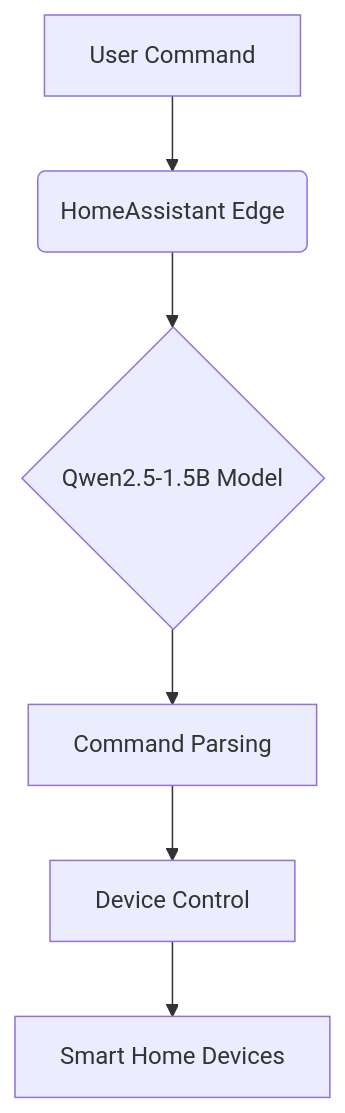
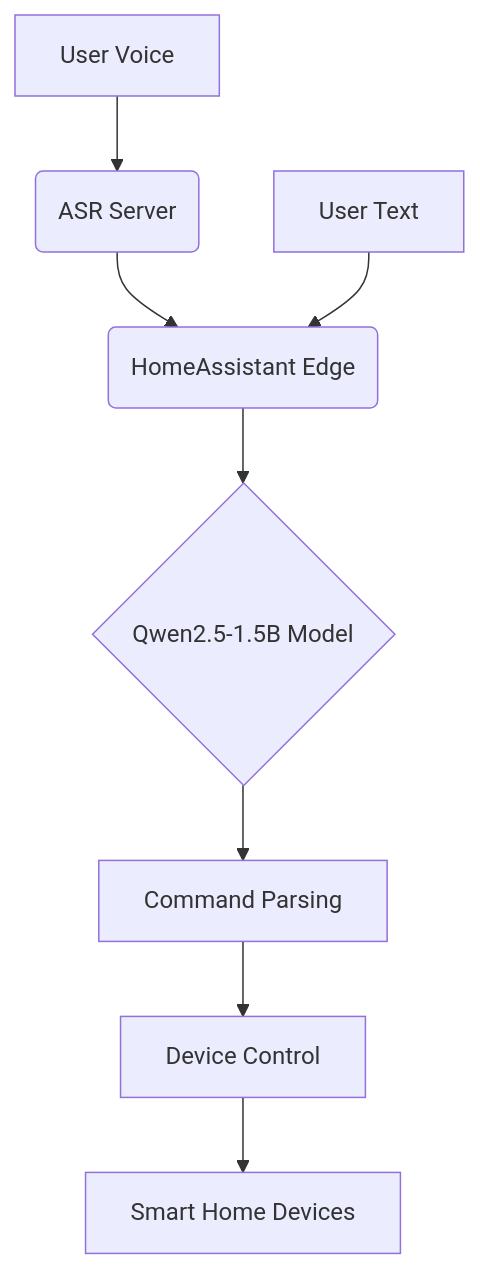
Before and after one commit to yuyun2000/HomeAssistant-Edge: the diagram in README.md, drawn with Mermaid. The commit also changed other lines of this file and 1 other file, not shown here.

Commit message:
add asr code

````diff
--- a/README.md
+++ b/README.md
@@ -44,8 +64,11 @@
 ```mermaid
 graph TD
-    A[User Command] --> B(HomeAssistant Edge)
-    B --> C{Qwen2.5-1.5B Model}
-    C --> D[Command Parsing]
-    D --> E[Device Control]
-    E --> F[Smart Home Devices]
+    A[User Voice] --> B(ASR Server)
+    B --> C(HomeAssistant Edge)
+    C --> D{Qwen2.5-1.5B Model}
+    D --> E[Command Parsing]
+    E --> F[Device Control]
+    F --> G[Smart Home Devices]
+    
+    H[User Text] --> C
 ```
````
